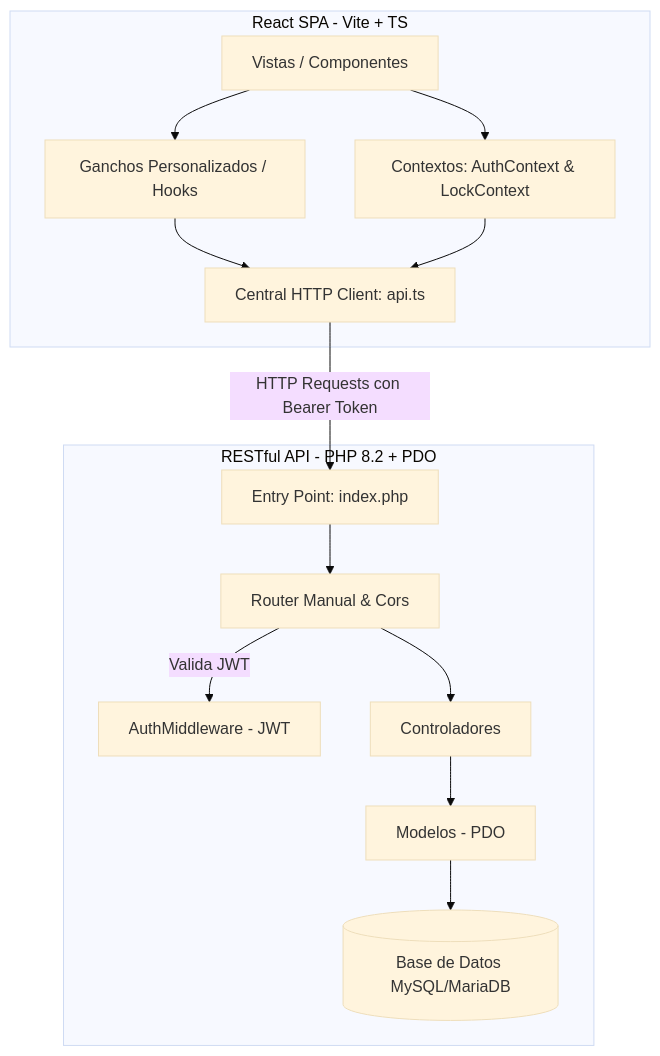
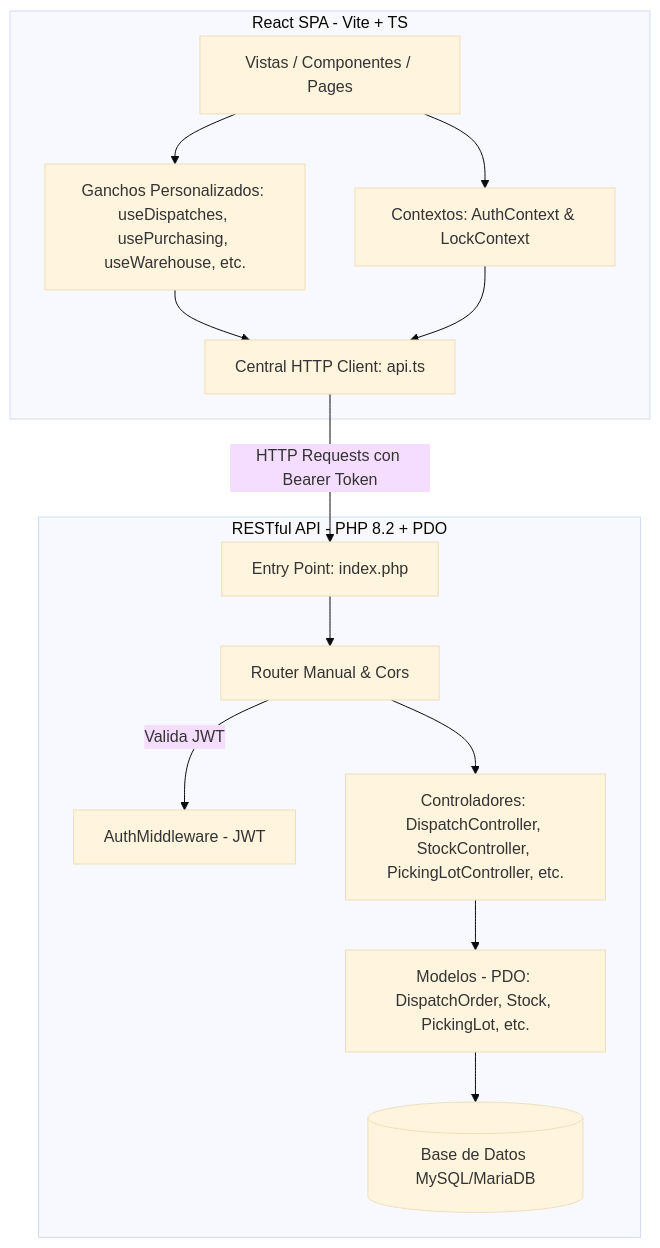
Before and after one commit to Jenderz/wms-supre: the diagram in SUPRE_MAP.md, drawn with Mermaid (base theme). The commit also changed other lines of this file and 63 other files, not shown here.

````diff
--- a/SUPRE_MAP.md
+++ b/SUPRE_MAP.md
@@ -11,29 +11,29 @@
 ```mermaid
 graph TD
     subgraph Frontend [React SPA - Vite + TS]
-        UI[Vistas / Componentes]
-        Hooks[Ganchos Personalizados / Hooks]
+        UI[Vistas / Componentes / Pages]
+        Hooks[Ganchos Personalizados: useDispatches, usePurchasing, useWarehouse, etc.]
         Ctx[Contextos: AuthContext & LockContext]
         API_Client[Central HTTP Client: api.ts]
     end
 
     subgraph Backend [RESTful API - PHP 8.2 + PDO]
         Index[Entry Point: index.php]
         Router[Router Manual & Cors]
         Middleware[AuthMiddleware - JWT]
-        Controllers[Controladores]
-        Models[Modelos - PDO]
+        Controllers[Controladores: DispatchController, StockController, PickingLotController, etc.]
+        Models[Modelos - PDO: DispatchOrder, Stock, PickingLot, etc.]
         DB[(Base de Datos MySQL/MariaDB)]
     end
 
     UI --> Hooks
     UI --> Ctx
     Hooks --> API_Client
     Ctx --> API_Client
     API_Client -- HTTP Requests con Bearer Token --> Index
     Index --> Router
     Router -- Valida JWT --> Middleware
     Router --> Controllers
     Controllers --> Models
     Models --> DB
 ```
````
